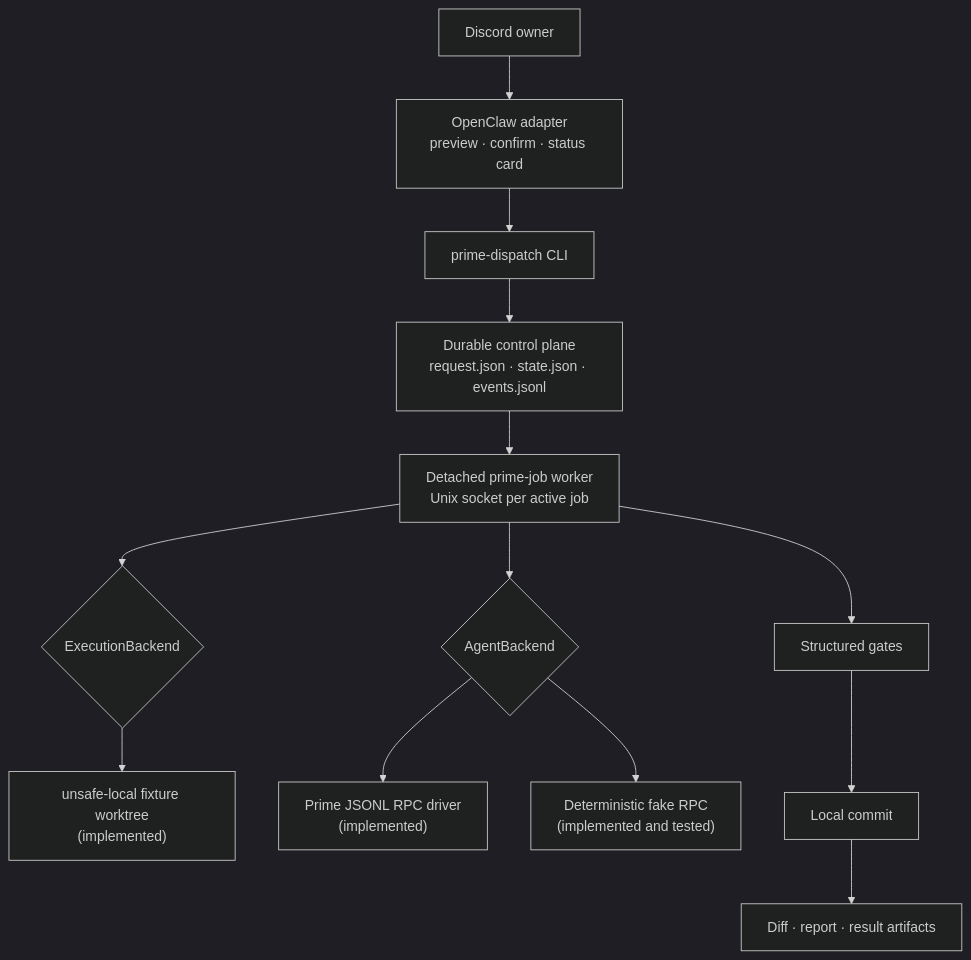
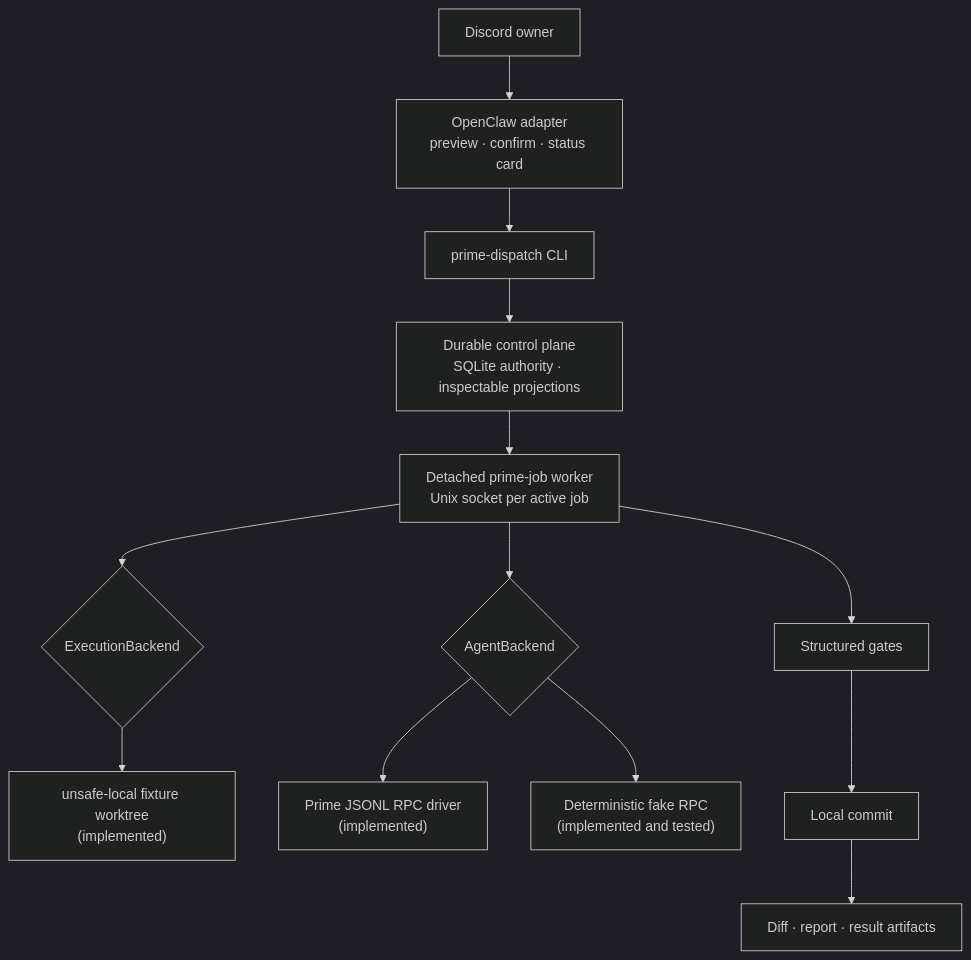
The first of 2 diagrams in README.md (feniix/prime-agent-dispatch), drawn with Mermaid (dark theme) before and after one commit. The commit also changed other lines of this file and 1 other file, not shown here.

Commit message:
docs: confirm the SQLite authority decision

````diff
--- a/README.md
+++ b/README.md
@@ -33,25 +33,25 @@
 ```mermaid
 flowchart TD
     Discord["Discord owner"]
     Adapter["OpenClaw adapter<br/>preview · confirm · status card"]
     CLI["prime-dispatch CLI"]
-    ControlPlane["Durable control plane<br/>request.json · state.json · events.jsonl"]
+    ControlPlane["Durable control plane<br/>SQLite authority · inspectable projections"]
     Worker["Detached prime-job worker<br/>Unix socket per active job"]
     Execution{"ExecutionBackend"}
     UnsafeLocal["unsafe-local fixture worktree<br/>(implemented)"]
     Agent{"AgentBackend"}
     PrimeRpc["Prime JSONL RPC driver<br/>(implemented)"]
     FakeRpc["Deterministic fake RPC<br/>(implemented and tested)"]
     Gates["Structured gates"]
     Commit["Local commit"]
     Artifacts["Diff · report · result artifacts"]
 
     Discord --> Adapter --> CLI --> ControlPlane
     ControlPlane --> Worker
     Worker --> Execution
     Execution --> UnsafeLocal
     Worker --> Agent
     Agent --> PrimeRpc
     Agent --> FakeRpc
     Worker --> Gates --> Commit --> Artifacts
 ```
````
